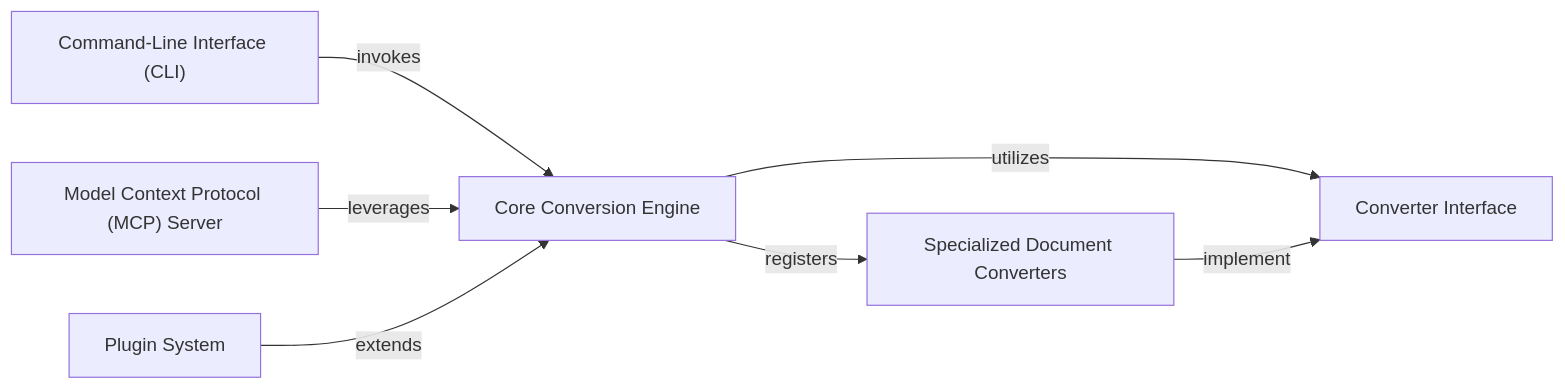
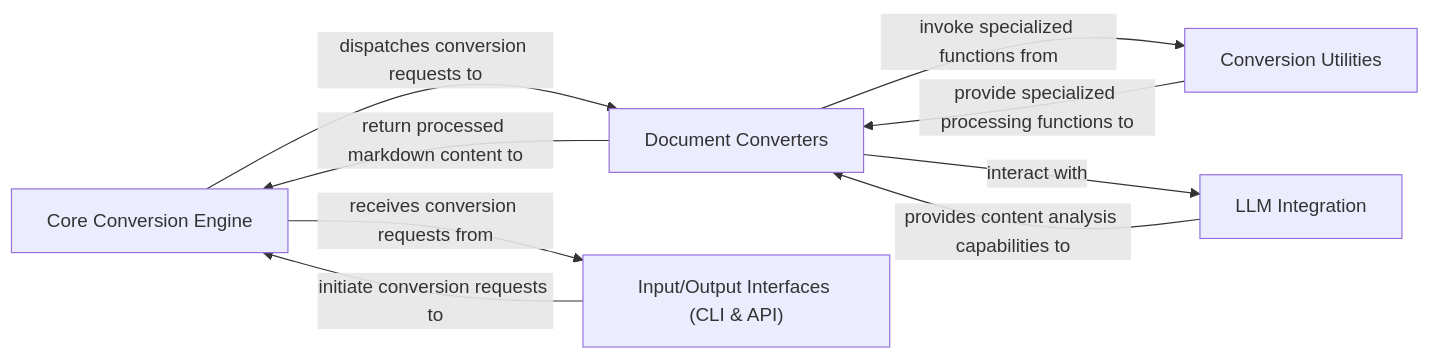
The diagram in markitdown/on_boarding.md (CodeBoarding/GeneratedOnBoardings), drawn with Mermaid before and after one commit. The commit also changed other lines of this file, not shown here.

````diff
--- a/markitdown/on_boarding.md
+++ b/markitdown/on_boarding.md
@@ -1,15 +1,16 @@
 ```mermaid
 graph LR
     Core_Conversion_Engine["Core Conversion Engine"]
-    Converter_Interface["Converter Interface"]
-    Specialized_Document_Converters["Specialized Document Converters"]
-    Command_Line_Interface_CLI_["Command-Line Interface (CLI)"]
-    Plugin_System["Plugin System"]
-    Model_Context_Protocol_MCP_Server["Model Context Protocol (MCP) Server"]
-    Core_Conversion_Engine -- "registers" --> Specialized_Document_Converters
-    Core_Conversion_Engine -- "utilizes" --> Converter_Interface
-    Specialized_Document_Converters -- "implement" --> Converter_Interface
-    Command_Line_Interface_CLI_ -- "invokes" --> Core_Conversion_Engine
-    Model_Context_Protocol_MCP_Server -- "leverages" --> Core_Conversion_Engine
-    Plugin_System -- "extends" --> Core_Conversion_Engine
+    Document_Converters["Document Converters"]
+    Input_Output_Interfaces_CLI_API_["Input/Output Interfaces (CLI & API)"]
+    LLM_Integration["LLM Integration"]
+    Conversion_Utilities["Conversion Utilities"]
+    Core_Conversion_Engine -- "dispatches conversion requests to" --> Document_Converters
+    Core_Conversion_Engine -- "receives conversion requests from" --> Input_Output_Interfaces_CLI_API_
+    Document_Converters -- "return processed markdown content to" --> Core_Conversion_Engine
+    Document_Converters -- "invoke specialized functions from" --> Conversion_Utilities
+    Document_Converters -- "interact with" --> LLM_Integration
+    Input_Output_Interfaces_CLI_API_ -- "initiate conversion requests to" --> Core_Conversion_Engine
+    LLM_Integration -- "provides content analysis capabilities to" --> Document_Converters
+    Conversion_Utilities -- "provide specialized processing functions to" --> Document_Converters
 ```
````
